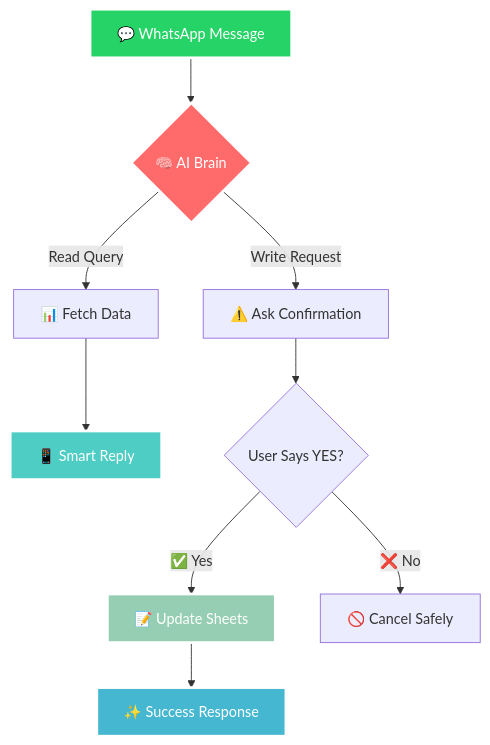
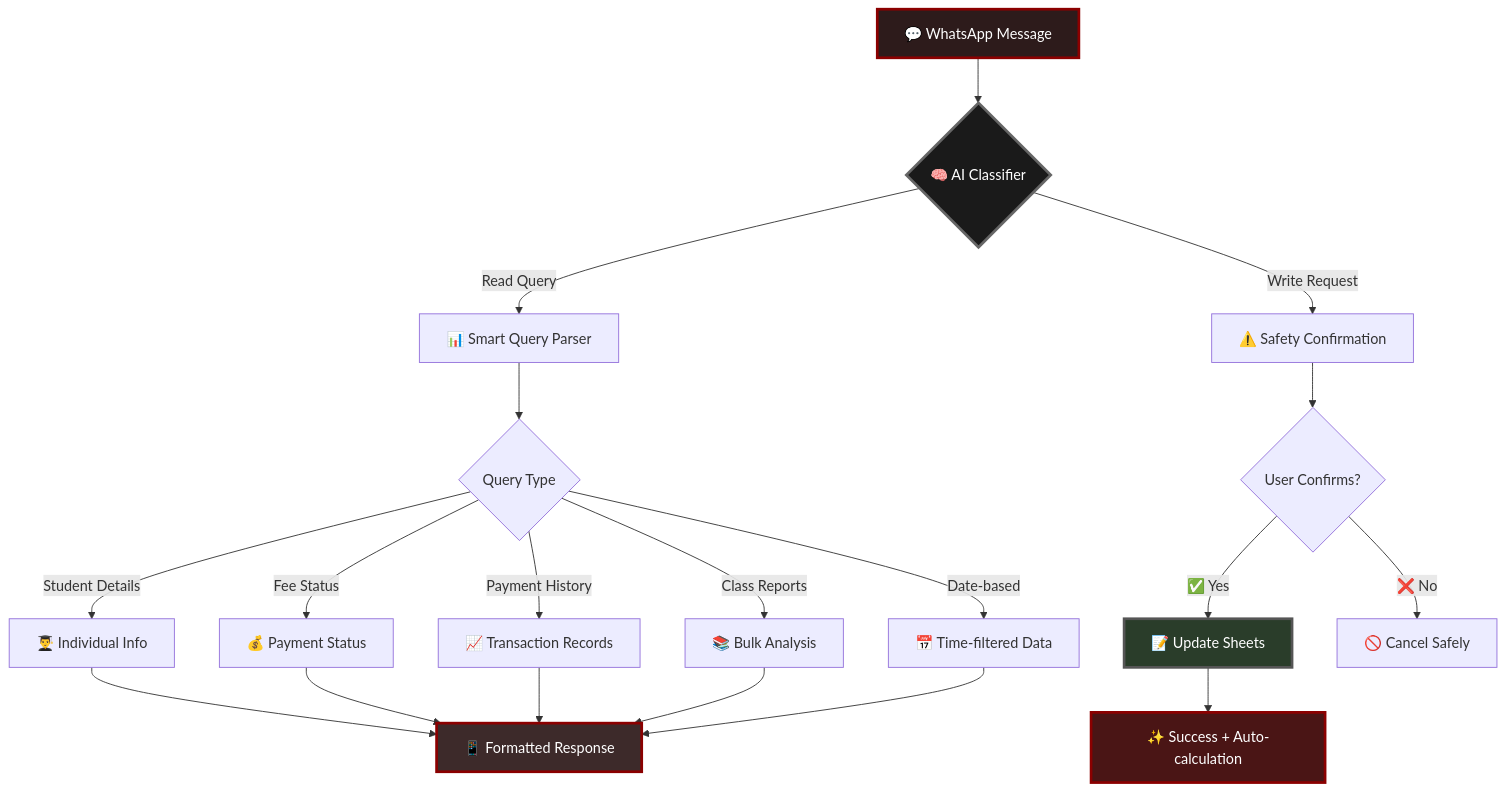
The first of 3 diagrams in README.md (yassshhhh22/Chat2Sheet), drawn with Mermaid before and after one commit. The commit also changed other lines of this file, not shown here.

````diff
--- a/README.md
+++ b/README.md
@@ -46,17 +46,27 @@
 ```mermaid
 graph TD
-    A[💬 WhatsApp Message] --> B{🧠 AI Brain}
-    B -->|Read Query| C[📊 Fetch Data]
-    B -->|Write Request| D[⚠️ Ask Confirmation]
-    C --> E[📱 Smart Reply]
-    D --> F{User Says YES?}
-    F -->|✅ Yes| G[📝 Update Sheets]
-    F -->|❌ No| H[🚫 Cancel Safely]
-    G --> I[✨ Success Response]
+    A[💬 WhatsApp Message] --> B{🧠 AI Classifier}
+    B -->|Read Query| C[📊 Smart Query Parser]
+    B -->|Write Request| D[⚠️ Safety Confirmation]
+    C --> E{Query Type}
+    E -->|Student Details| F[👨‍🎓 Individual Info]
+    E -->|Fee Status| G[💰 Payment Status]
+    E -->|Payment History| H[📈 Transaction Records]
+    E -->|Class Reports| I[📚 Bulk Analysis]
+    E -->|Date-based| J[📅 Time-filtered Data]
+    D --> K{User Confirms?}
+    K -->|✅ Yes| L[📝 Update Sheets]
+    K -->|❌ No| M[🚫 Cancel Safely]
+    F --> N[📱 Formatted Response]
+    G --> N
+    H --> N
+    I --> N
+    J --> N
+    L --> O[✨ Success + Auto-calculation]
 
-    style A fill:#25D366,stroke:#fff,stroke-width:3px,color:#fff
-    style B fill:#FF6B6B,stroke:#fff,stroke-width:3px,color:#fff
-    style E fill:#4ECDC4,stroke:#fff,stroke-width:3px,color:#fff
-    style I fill:#45B7D1,stroke:#fff,stroke-width:3px,color:#fff
-    style G fill:#96CEB4,stroke:#fff,stroke-width:3px,color:#fff
+    style A fill:#2d1b1b,stroke:#8b0000,stroke-width:3px,color:#fff
+    style B fill:#1a1a1a,stroke:#666,stroke-width:3px,color:#fff
+    style N fill:#3d2a2a,stroke:#8b0000,stroke-width:3px,color:#fff
+    style O fill:#4a1515,stroke:#8b0000,stroke-width:3px,color:#fff
+    style L fill:#2a3d2a,stroke:#555,stroke-width:3px,color:#fff
 ```
````
